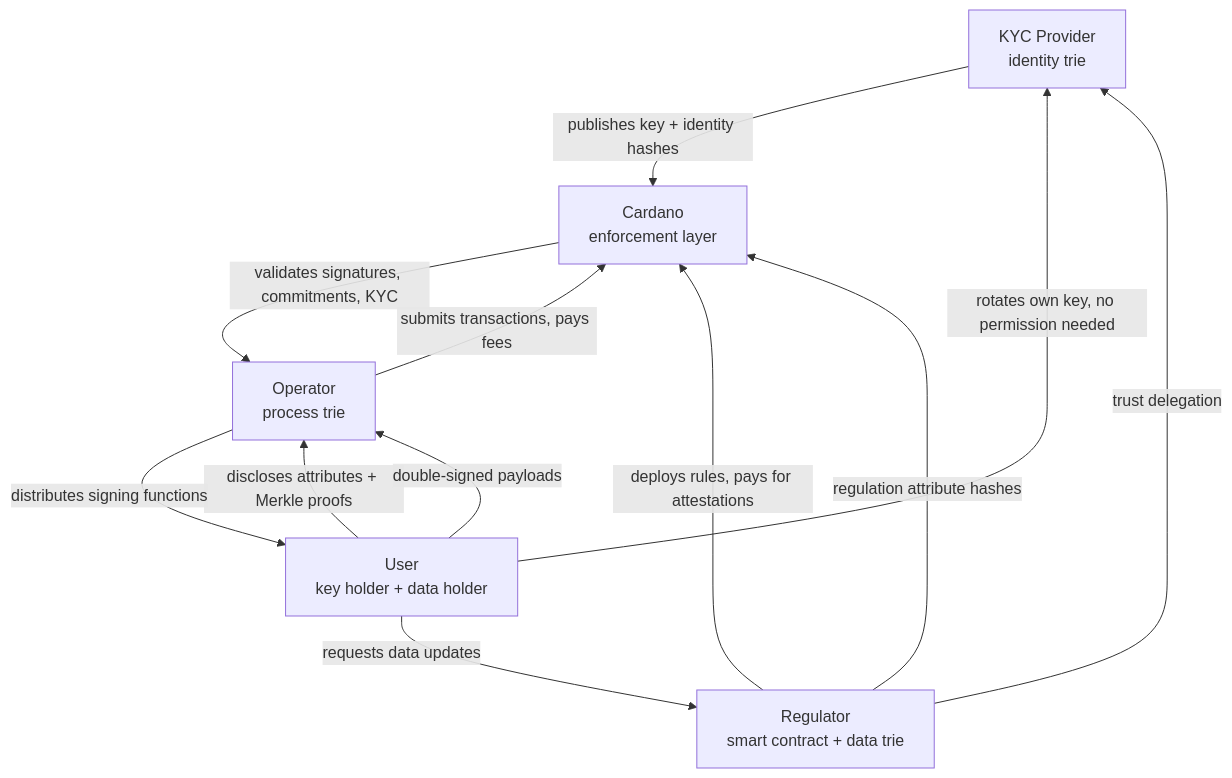
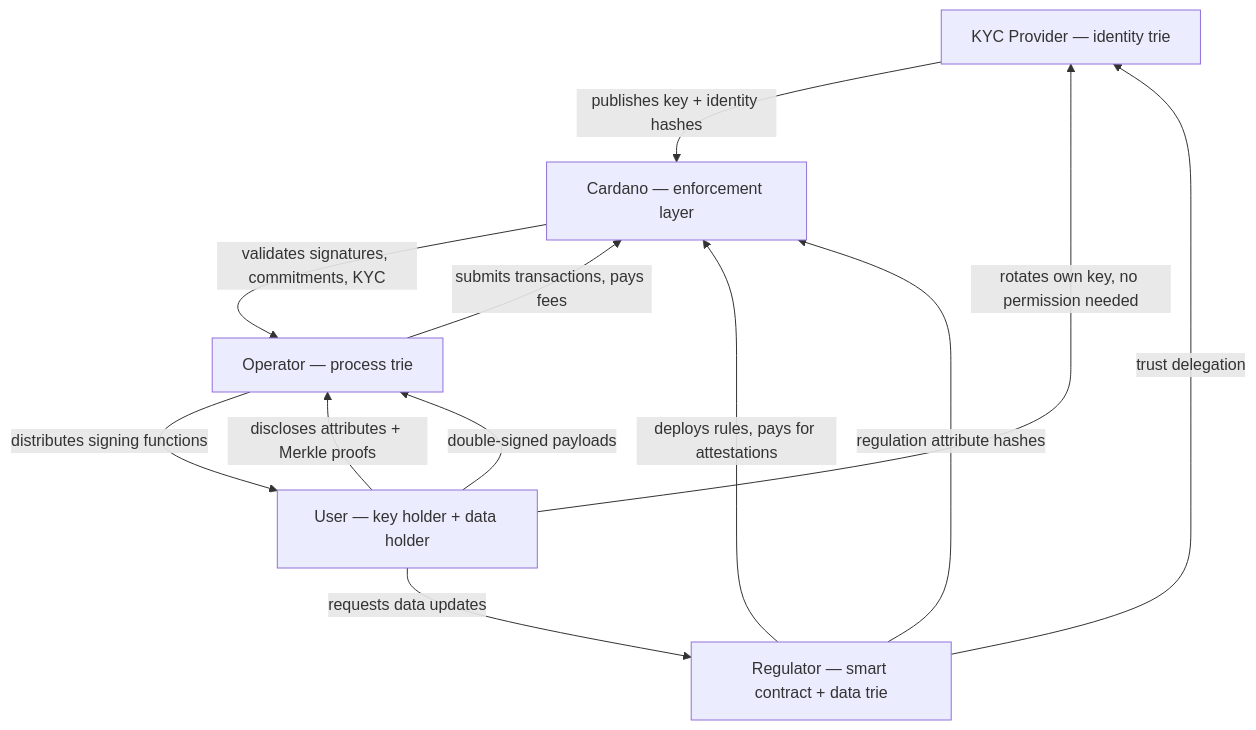
The first of 2 diagrams in docs/index.md (lambdasistemi/cardano-for-regulators), drawn with Mermaid before and after one commit. The commit also changed other lines of this file and 1 other file, not shown here.

Commit message:
fix: replace HTML tags in mermaid node labels with plain text
The mermaid2 plugin (v10.4.0) does not render <br/><i>...</i> in graph
node labels — text smashes together. Replace all HTML-based multiline
labels with dash-separated single-line labels across both homepage and
schema page diagrams.

````diff
--- a/docs/index.md
+++ b/docs/index.md
@@ -22,21 +22,21 @@
 ```mermaid
 graph TB
-    KYC["KYC Provider\nidentity trie"]
-    REG["Regulator\nsmart contract + data trie"]
-    OP["Operator\nprocess trie"]
-    U["User\nkey holder + data holder"]
-    CHAIN["Cardano\nenforcement layer"]
+    KYC["KYC Provider — identity trie"]
+    REG["Regulator — smart contract + data trie"]
+    OP["Operator — process trie"]
+    U["User — key holder + data holder"]
+    CHAIN["Cardano — enforcement layer"]
 
     REG -->|trust delegation| KYC
     REG -->|deploys rules, pays for attestations| CHAIN
     KYC -->|publishes key + identity hashes| CHAIN
     OP -->|submits transactions, pays fees| CHAIN
     CHAIN -->|validates signatures, commitments, KYC| OP
 
     U -->|rotates own key, no permission needed| KYC
     U -->|requests data updates| REG
     U -->|discloses attributes + Merkle proofs| OP
     OP -->|distributes signing functions| U
     U -->|double-signed payloads| OP
     REG -->|regulation attribute hashes| CHAIN
 ```
````
